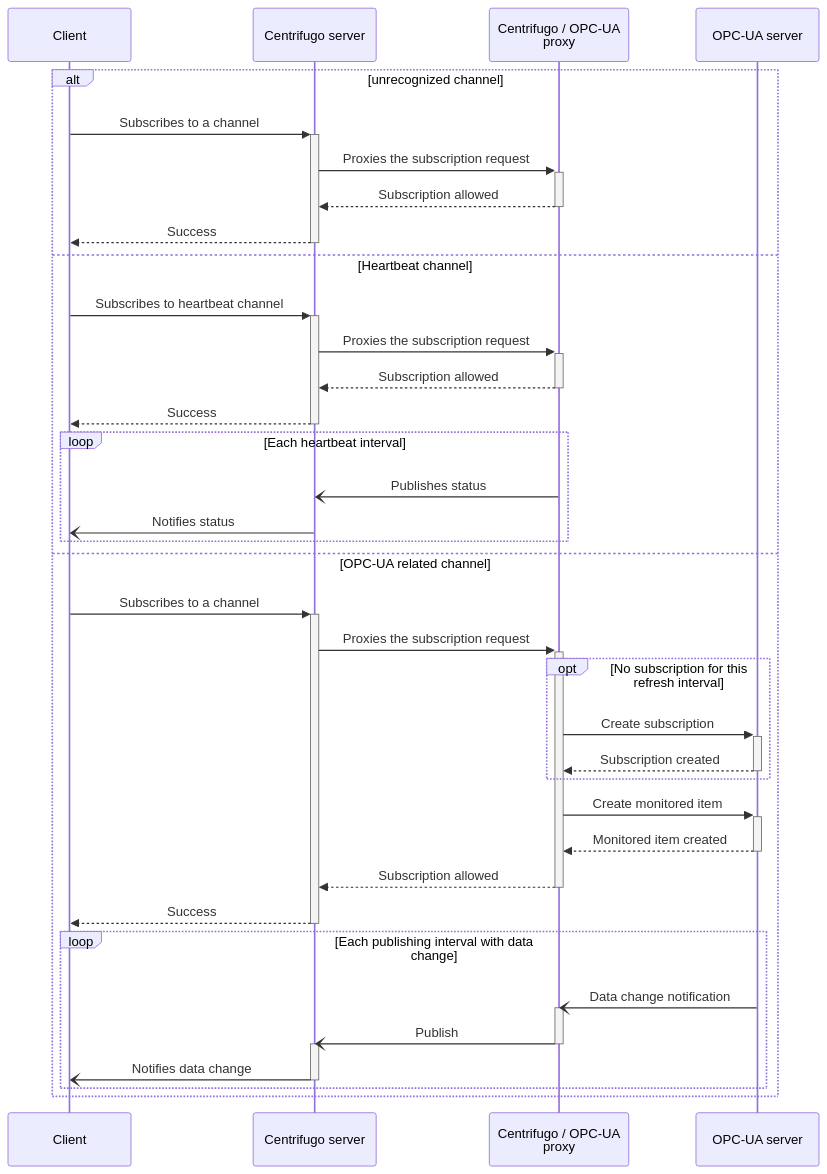
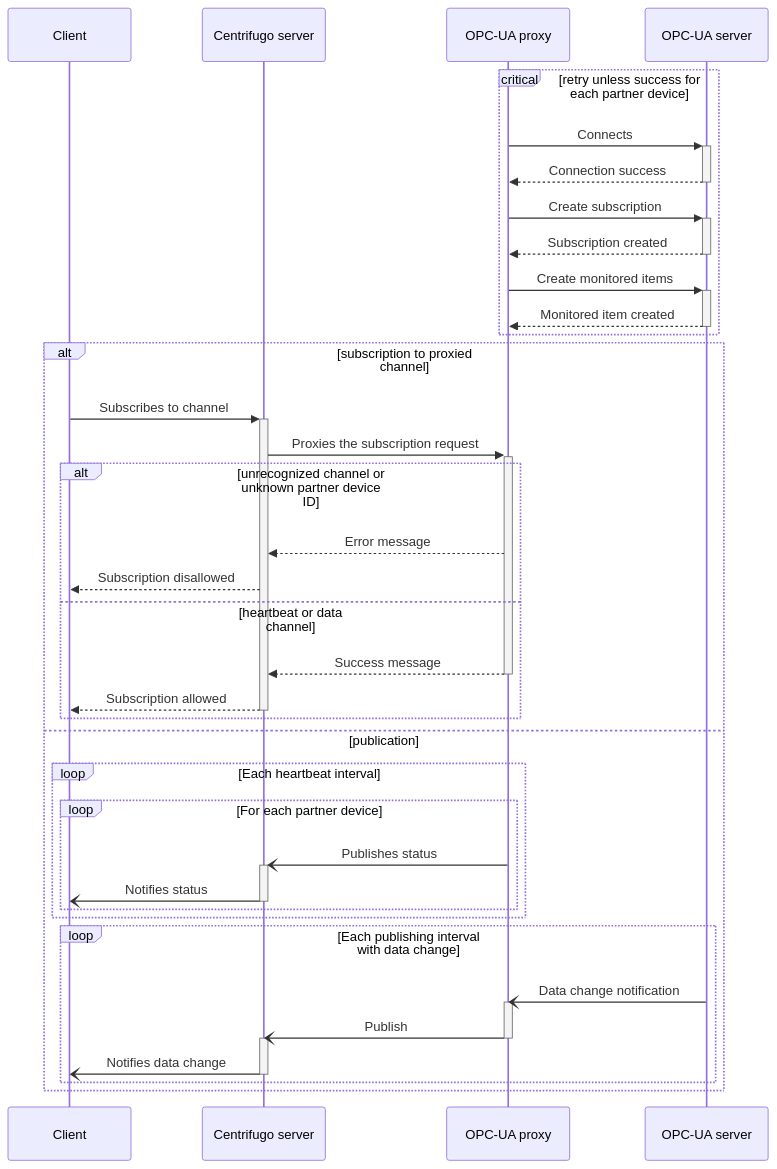
Before and after one commit to cailloumajor/opcua-proxy: the diagram in README.md, drawn with Mermaid. The commit also changed other lines of this file and 1 other file, not shown here.

````diff
--- a/README.md
+++ b/README.md
@@ -52,42 +78,42 @@
 ```mermaid
 sequenceDiagram
     participant Client
     participant Centrifugo as Centrifugo server
-    participant Proxy as Centrifugo / OPC-UA<br>proxy
+    participant Proxy as OPC-UA proxy
     participant OPCServer as OPC-UA server
-    alt unrecognized channel
-        Client->>+Centrifugo: Subscribes to a channel
+    critical retry unless success for each partner device
+        Proxy->>+OPCServer: Connects
+        OPCServer-->>-Proxy: Connection success
+        Proxy->>+OPCServer: Create subscription
+        OPCServer-->>-Proxy: Subscription created
+        Proxy->>+OPCServer: Create monitored items
+        OPCServer-->>-Proxy: Monitored item created
+    end
+    alt subscription to proxied channel
+        Client->>+Centrifugo: Subscribes to channel
         Centrifugo->>+Proxy: Proxies the subscription request
-        Proxy-->>-Centrifugo: Subscription allowed
-        Centrifugo-->>-Client: Success
-    else Heartbeat channel
-        Client->>+Centrifugo: Subscribes to heartbeat channel
-        Centrifugo->>+Proxy: Proxies the subscription request
-        Proxy-->>-Centrifugo: Subscription allowed
-        Centrifugo-->>-Client: Success
+        alt unrecognized channel or unknown partner device ID
+            Proxy-->>Centrifugo: Error message
+            Centrifugo-->>Client: Subscription disallowed
+        else heartbeat or data channel
+            Proxy-->>-Centrifugo: Success message
+            Centrifugo-->>-Client: Subscription allowed
+        end
+    else publication
         loop Each heartbeat interval
-            Proxy-)Centrifugo: Publishes status
-            Centrifugo-)Client: Notifies status
+            loop For each partner device
+                Proxy-)+Centrifugo: Publishes status
+                Centrifugo-)-Client: Notifies status
+            end
         end
-    else OPC-UA related channel
-        Client->>+Centrifugo: Subscribes to a channel
-        Centrifugo->>+Proxy: Proxies the subscription request
-        opt No subscription for this refresh interval
-            Proxy->>+OPCServer: Create subscription
-            OPCServer-->>-Proxy: Subscription created
-        end
-        Proxy->>+OPCServer: Create monitored item
-        OPCServer-->>-Proxy: Monitored item created
-        Proxy-->>-Centrifugo: Subscription allowed
-        Centrifugo-->>-Client: Success
         loop Each publishing interval with data change
             OPCServer-)Proxy: Data change notification
             activate Proxy
             Proxy-)Centrifugo: Publish
             deactivate Proxy
             activate Centrifugo
             Centrifugo-)Client: Notifies data change
             deactivate Centrifugo
         end
     end
 ```
````
